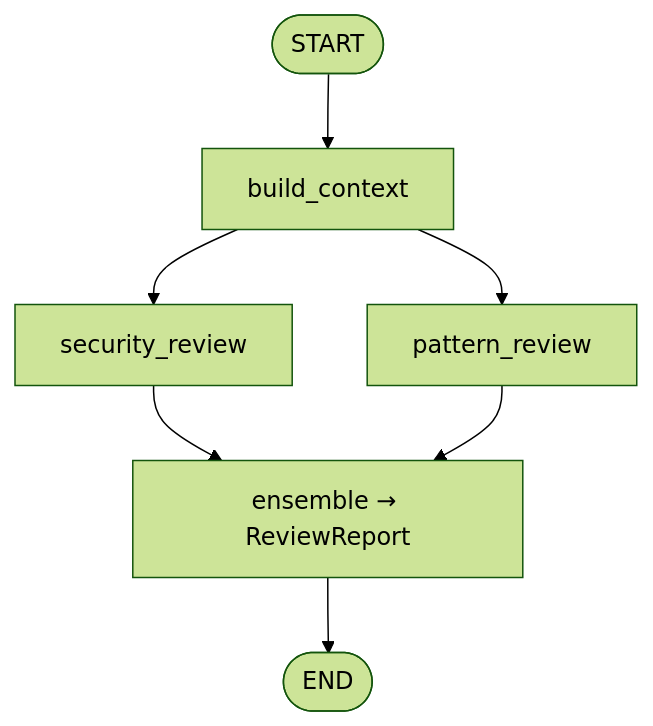
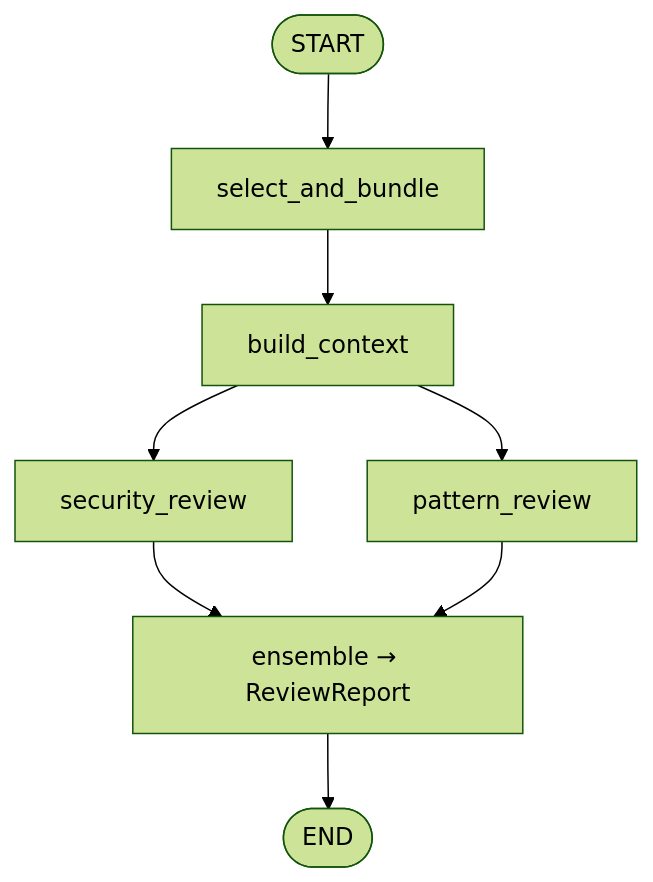
Before and after one commit to cipheraxat/codereviewer_agent: the third of 7 diagrams in README.md, drawn with Mermaid (forest theme). The commit also changed other lines of this file and 43 other files, not shown here.

````diff
--- a/README.md
+++ b/README.md
@@ -48,9 +49,10 @@
 ```mermaid
 flowchart TD
-  START([START]) --> BC[build_context]
+  START([START]) --> SEL[select_and_bundle]
+  SEL --> BC[build_context]
   BC --> SR[security_review]
   BC --> PR[pattern_review]
   SR --> ENS[ensemble → ReviewReport]
   PR --> ENS
   ENS --> ENDNODE([END])
 ```
````
